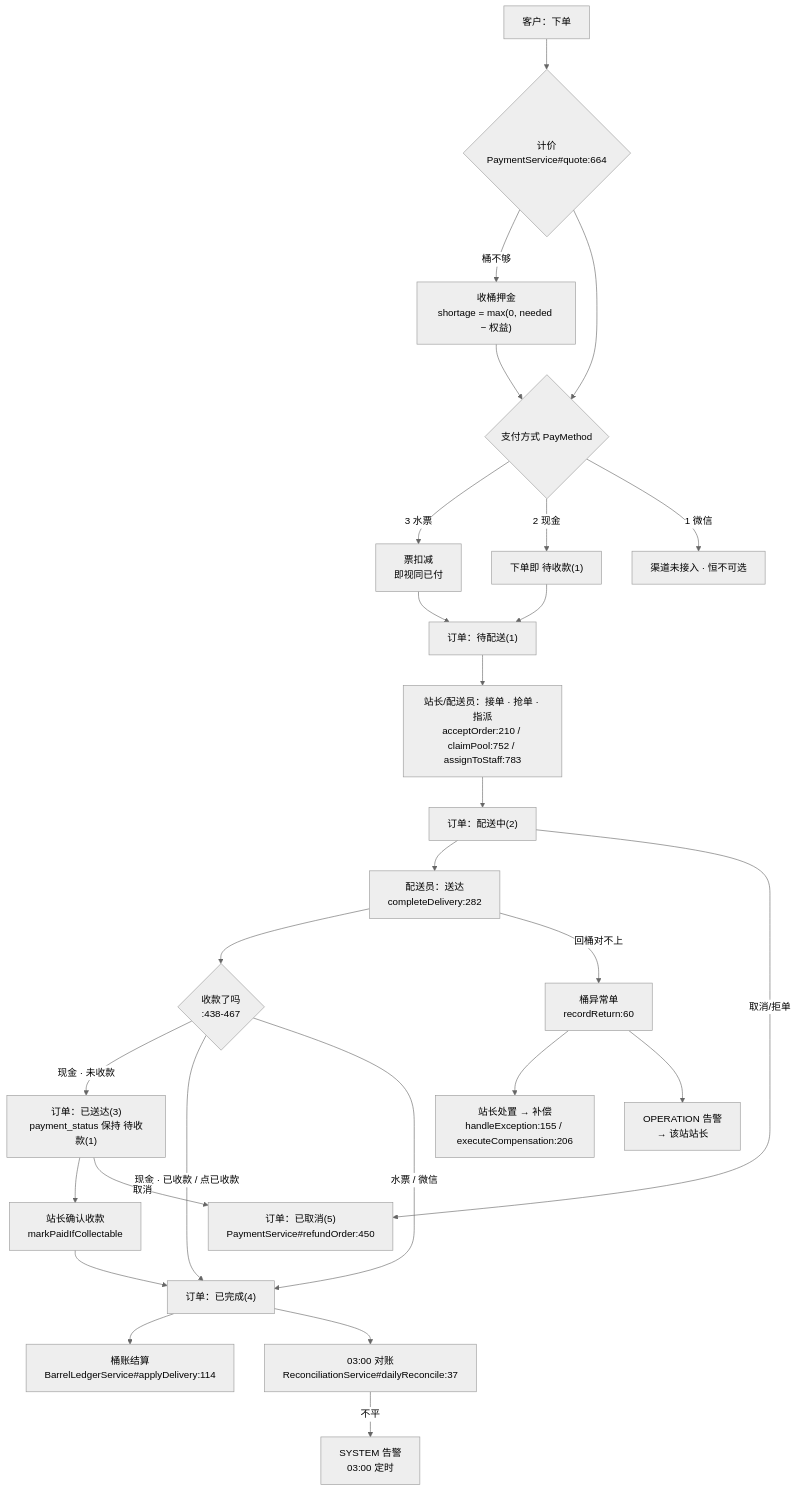
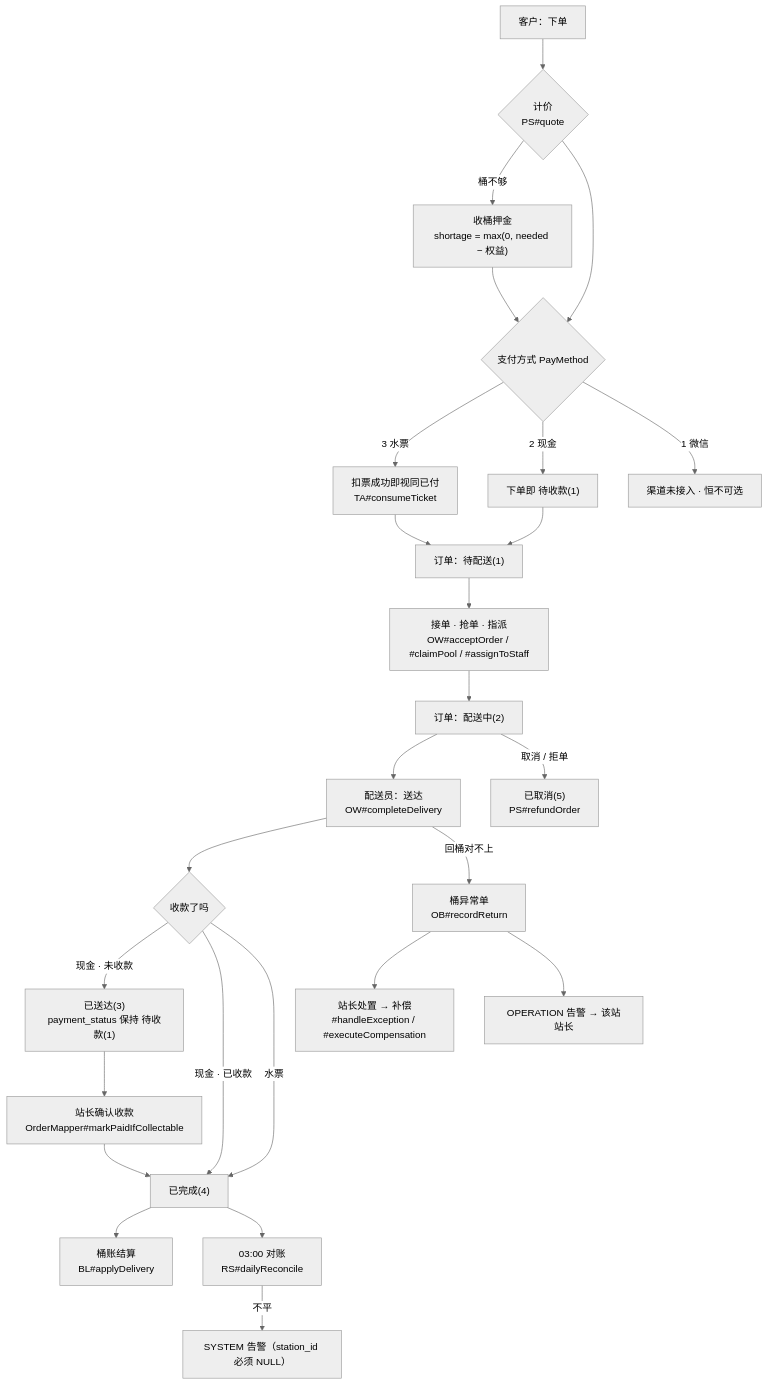
The first of 10 diagrams in docs/design/15-业务流程地图.md (rumiasu/AquaFlow), drawn with Mermaid (neutral theme) before and after one commit. The commit also changed other lines of this file and 54 other files, not shown here.

````diff
--- a/docs/design/15-业务流程地图.md
+++ b/docs/design/15-业务流程地图.md
@@ -17,30 +27,28 @@
 ```mermaid
 flowchart TD
-  C1["客户：下单"] --> P1{"计价<br/>PaymentService#quote:664"}
+  C1["客户：下单"] --> P1{"计价<br/>PS#quote"}
   P1 -->|"桶不够"| P2["收桶押金<br/>shortage = max(0, needed − 权益)"]
   P1 --> P3{"支付方式 PayMethod"}
   P2 --> P3
-  P3 -->|"3 水票"| T1["票扣减<br/>即视同已付"]
+  P3 -->|"3 水票"| T1["扣票成功即视同已付<br/>TA#consumeTicket"]
   P3 -->|"2 现金"| T2["下单即 待收款(1)"]
   P3 -->|"1 微信"| T3["渠道未接入 · 恒不可选"]
-
   T1 --> O1["订单：待配送(1)"]
   T2 --> O1
-  O1 --> D1["站长/配送员：接单 · 抢单 · 指派<br/>acceptOrder:210 / claimPool:752 / assignToStaff:783"]
+  O1 --> D1["接单 · 抢单 · 指派<br/>OW#acceptOrder / #claimPool / #assignToStaff"]
   D1 --> O2["订单：配送中(2)"]
-  O2 --> D2["配送员：送达<br/>completeDelivery:282"]
-  D2 --> P4{"收款了吗<br/>:438-467"}
-  P4 -->|"现金 · 未收款"| O3["订单：已送达(3)<br/>payment_status 保持 待收款(1)"]
-  P4 -->|"现金 · 已收款 / 点已收款"| O4["订单：已完成(4)"]
-  P4 -->|"水票 / 微信"| O4
-  O3 --> R1["站长确认收款<br/>markPaidIfCollectable"]
+  O2 --> D2["配送员：送达<br/>OW#completeDelivery"]
+  D2 --> P4{"收款了吗"}
+  P4 -->|"现金 · 未收款"| O3["已送达(3)<br/>payment_status 保持 待收款(1)"]
+  P4 -->|"现金 · 已收款"| O4["已完成(4)"]
+  P4 -->|"水票"| O4
+  O3 --> R1["站长确认收款<br/>OrderMapper#markPaidIfCollectable"]
   R1 --> O4
-  O4 --> B1["桶账结算<br/>BarrelLedgerService#applyDelivery:114"]
-  O2 -->|"取消/拒单"| X1["订单：已取消(5)<br/>PaymentService#refundOrder:450"]
-  O3 -->|"取消"| X1
-  D2 -->|"回桶对不上"| EX1["桶异常单<br/>recordReturn:60"]
-  EX1 --> EX2["站长处置 → 补偿<br/>handleException:155 / executeCompensation:206"]
-  O4 --> RC1["03:00 对账<br/>ReconciliationService#dailyReconcile:37"]
-  RC1 -->|"不平"| AL1["SYSTEM 告警<br/>03:00 定时"]
-  EX1 --> AL2["OPERATION 告警<br/>→ 该站站长"]
+  O4 --> B1["桶账结算<br/>BL#applyDelivery"]
+  O2 -->|"取消 / 拒单"| X1["已取消(5)<br/>PS#refundOrder"]
+  D2 -->|"回桶对不上"| EX1["桶异常单<br/>OB#recordReturn"]
+  EX1 --> EX2["站长处置 → 补偿<br/>#handleException / #executeCompensation"]
+  O4 --> RC1["03:00 对账<br/>RS#dailyReconcile"]
+  RC1 -->|"不平"| AL1["SYSTEM 告警（station_id 必须 NULL）"]
+  EX1 --> AL2["OPERATION 告警 → 该站站长"]
 ```
````
